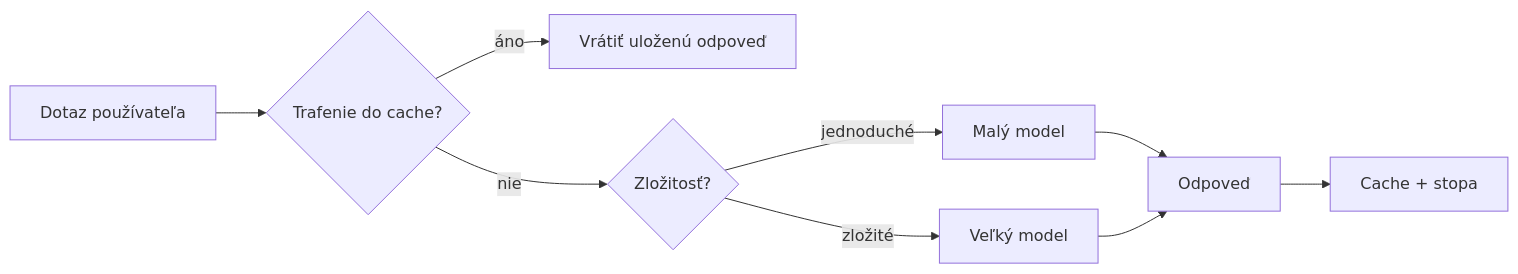
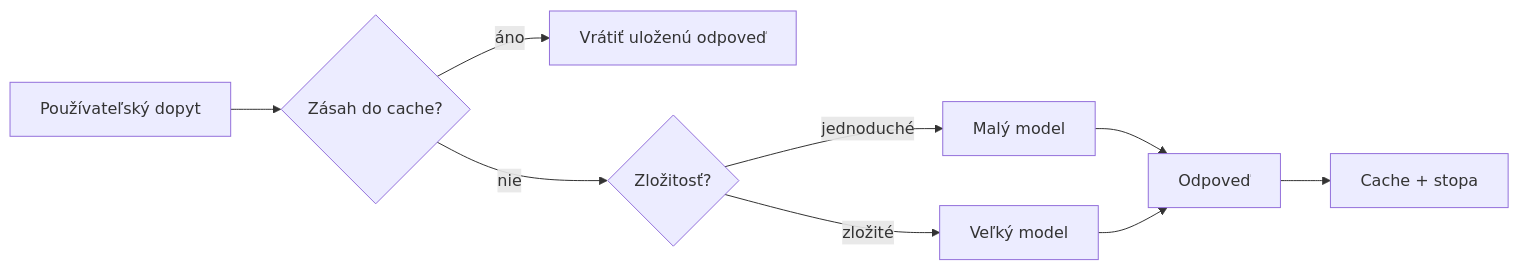
The third of 4 diagrams in mirrors/repos/microsoft@ai-agents-for-beginners/translations/sk/16-deploying-scalable-agents/README.md (gabrielmoreira/agent-skills-mirror), drawn with Mermaid before and after one commit. The commit also changed other lines of this file and 3581 other files, not shown here.

````diff
--- a/mirrors/repos/microsoft@ai-agents-for-beginners/translations/sk/16-deploying-scalable-agents/README.md
+++ b/mirrors/repos/microsoft@ai-agents-for-beginners/translations/sk/16-deploying-scalable-agents/README.md
@@ -134,11 +134,11 @@
 ```mermaid
 flowchart LR
-    Q[Dotaz používateľa] --> C{Trafenie do cache?}
+    Q[Používateľský dopyt] --> C{Zásah do cache?}
     C -->|áno| R[Vrátiť uloženú odpoveď]
     C -->|nie| Router{Zložitosť?}
     Router -->|jednoduché| SLM[Malý model]
     Router -->|zložité| LLM[Veľký model]
     SLM --> Out[Odpoveď]
     LLM --> Out
     Out --> Store[Cache + stopa]
 ```
````
